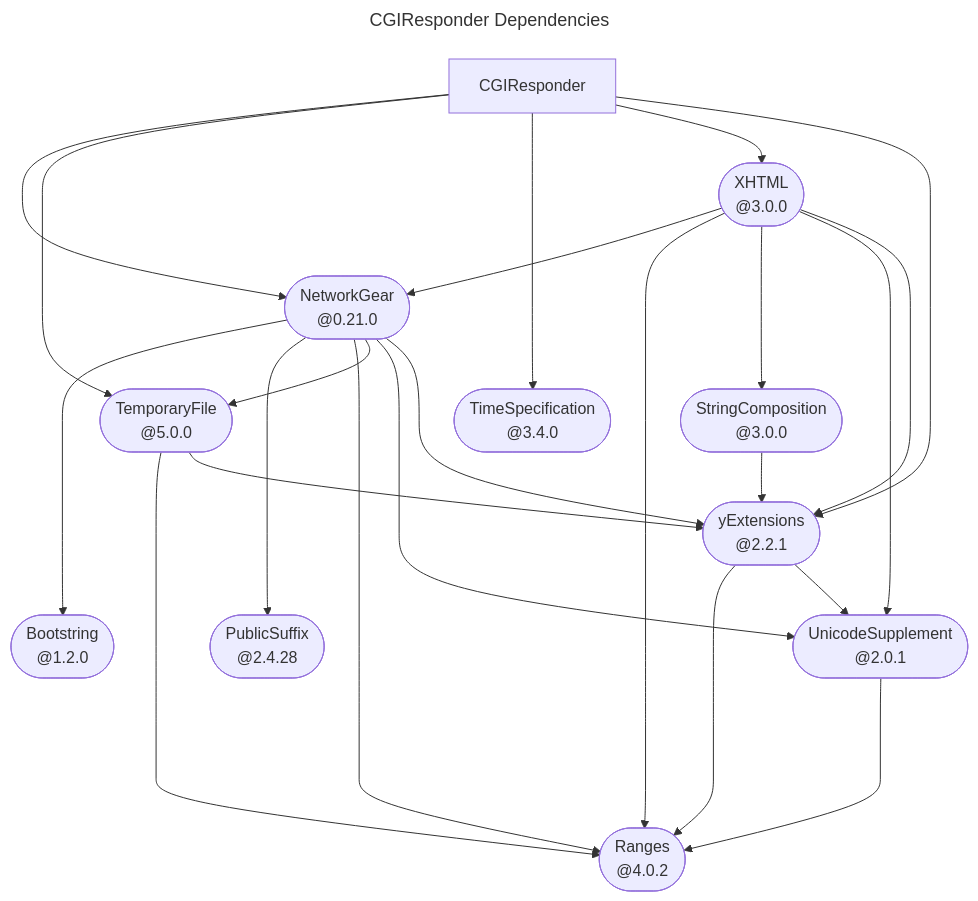
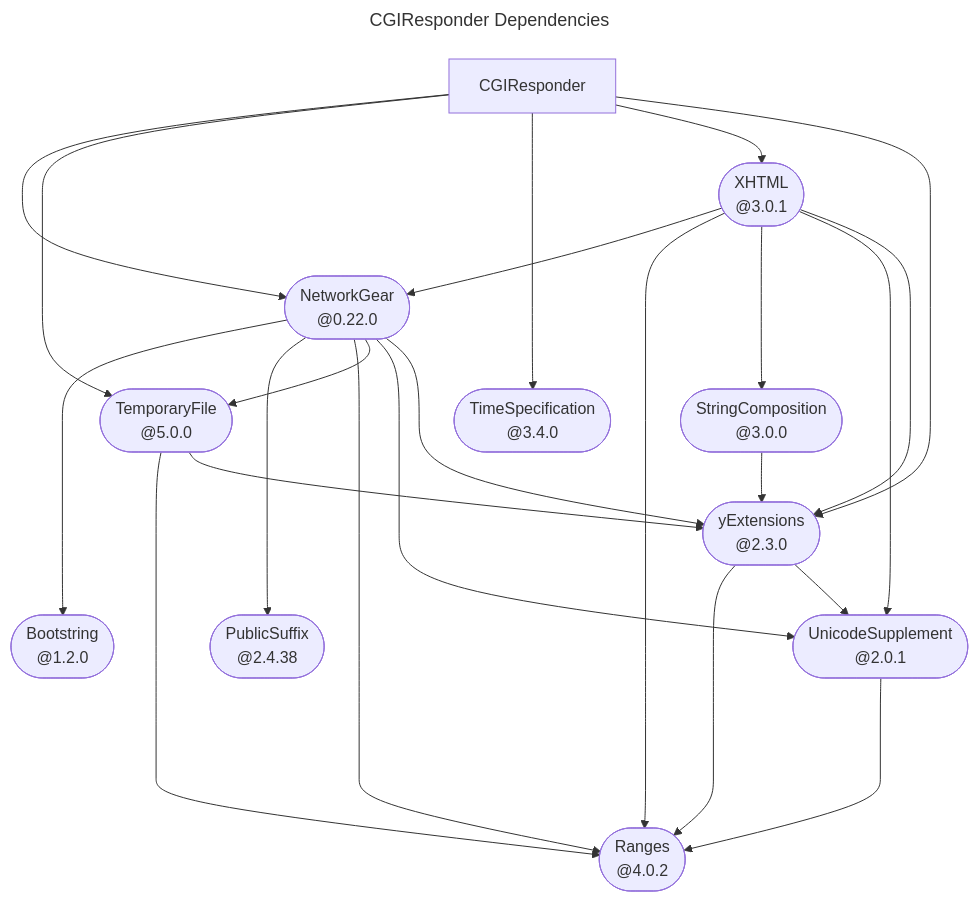
Before and after one commit to YOCKOW/SwiftCGIResponder: the diagram in README.md, drawn with Mermaid.

Commit message:
Update "./README.md".
This commit is done by the workflow in [SwiftPackageHelperTools](https://GitHub.com/YOCKOW/SwiftPackageHelperTools.git).
- UUID: 4725cfcd-51e2-4990-83d0-23817c87c96a
- Date: 2026-09-28 06:45:49+0000

````diff
--- a/README.md
+++ b/README.md
@@ -15,53 +15,53 @@
 ```mermaid
 ---
 title: CGIResponder Dependencies
 ---
 flowchart TD
   swiftbootstring(["Bootstring<br>@1.2.0"])
   swiftcgiresponder["CGIResponder"]
-  swiftnetworkgear(["NetworkGear<br>@0.21.0"])
-  swiftpublicsuffix(["PublicSuffix<br>@2.4.28"])
+  swiftnetworkgear(["NetworkGear<br>@0.22.0"])
+  swiftpublicsuffix(["PublicSuffix<br>@2.4.38"])
   swiftranges(["Ranges<br>@4.0.2"])
   swiftstringcomposition(["StringComposition<br>@3.0.0"])
   swifttemporaryfile(["TemporaryFile<br>@5.0.0"])
   swifttimespecification(["TimeSpecification<br>@3.4.0"])
   swiftunicodesupplement(["UnicodeSupplement<br>@2.0.1"])
-  swiftxhtml(["XHTML<br>@3.0.0"])
-  yswiftextensions(["yExtensions<br>@2.2.1"])
+  swiftxhtml(["XHTML<br>@3.0.1"])
+  yswiftextensions(["yExtensions<br>@2.3.0"])
 
   click swiftbootstring href "https://github.com/YOCKOW/SwiftBootstring.git"
   click swiftnetworkgear href "https://github.com/YOCKOW/SwiftNetworkGear.git"
   click swiftpublicsuffix href "https://github.com/YOCKOW/SwiftPublicSuffix.git"
   click swiftranges href "https://github.com/YOCKOW/SwiftRanges.git"
   click swiftstringcomposition href "https://github.com/YOCKOW/SwiftStringComposition.git"
   click swifttemporaryfile href "https://github.com/YOCKOW/SwiftTemporaryFile.git"
   click swifttimespecification href "https://github.com/YOCKOW/SwiftTimeSpecification.git"
   click swiftunicodesupplement href "https://github.com/YOCKOW/SwiftUnicodeSupplement.git"
   click swiftxhtml href "https://github.com/YOCKOW/SwiftXHTML.git"
   click yswiftextensions href "https://github.com/YOCKOW/ySwiftExtensions.git"
 
   swiftcgiresponder --> swiftnetworkgear
   swiftcgiresponder --> swifttemporaryfile
   swiftcgiresponder ----> swifttimespecification
   swiftcgiresponder --> swiftxhtml
   swiftcgiresponder --> yswiftextensions
   swiftnetworkgear ----> swiftbootstring
   swiftnetworkgear ----> swiftpublicsuffix
   swiftnetworkgear ----> swiftranges
   swiftnetworkgear --> swifttemporaryfile
   swiftnetworkgear --> swiftunicodesupplement
   swiftnetworkgear --> yswiftextensions
   swiftstringcomposition --> yswiftextensions
   swifttemporaryfile ----> swiftranges
   swifttemporaryfile --> yswiftextensions
   swiftunicodesupplement ----> swiftranges
   swiftxhtml --> swiftnetworkgear
   swiftxhtml ----> swiftranges
   swiftxhtml --> swiftstringcomposition
   swiftxhtml --> swiftunicodesupplement
   swiftxhtml --> yswiftextensions
   yswiftextensions ----> swiftranges
   yswiftextensions --> swiftunicodesupplement
 
 
 ```
````
